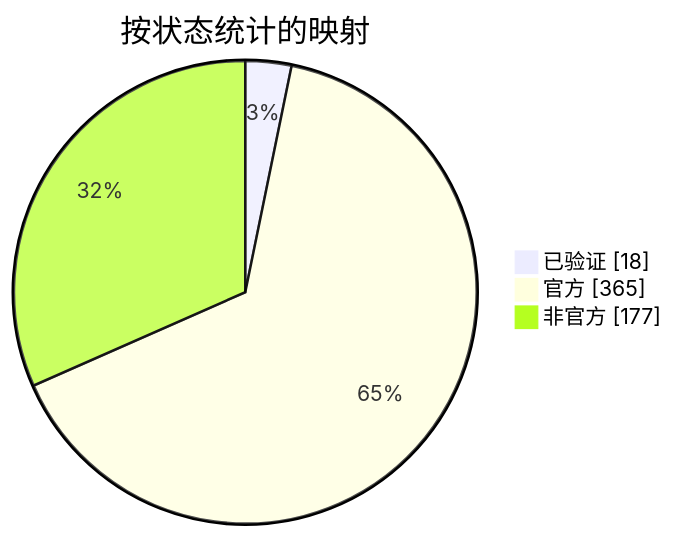
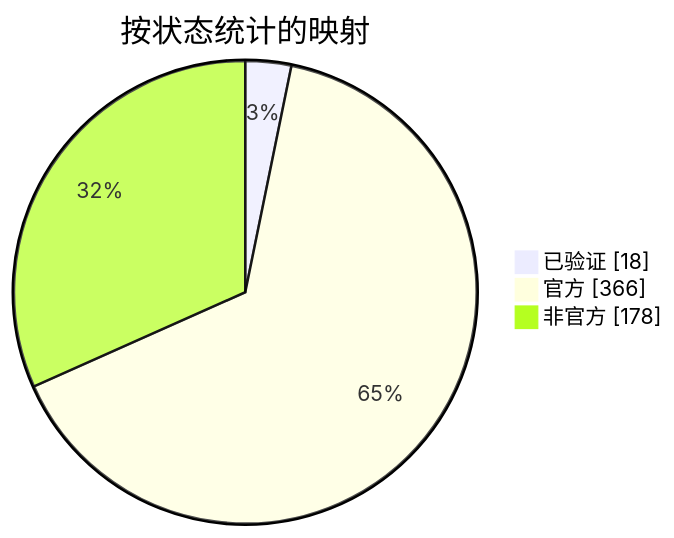
The diagram in docs/readme/README_ZHS.md (nobrega8/mbmap-library), drawn with Mermaid before and after one commit. The commit also changed 7 other files, not shown here.

````diff
--- a/docs/readme/README_ZHS.md
+++ b/docs/readme/README_ZHS.md
@@ -54,7 +54,7 @@
 ```mermaid
 pie showData
     title 按状态统计的映射
     "已验证" : 18
-    "官方" : 365
-    "非官方" : 177
+    "官方" : 366
+    "非官方" : 178
 ```
````
